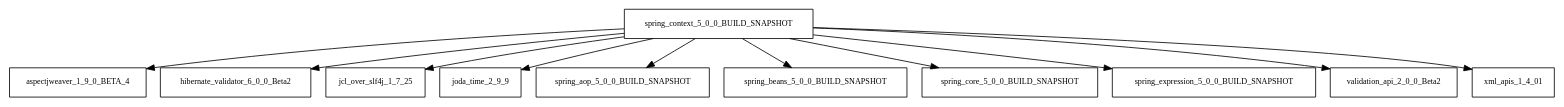
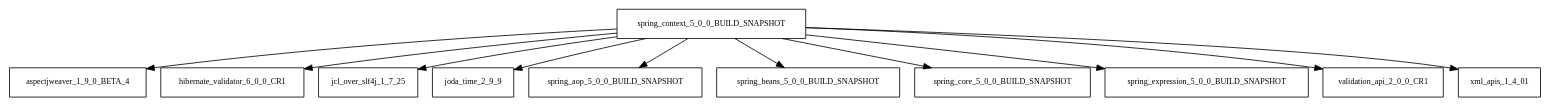
One commit to AglaianWoman/cia changed the diagram in tattleTaleReport/graphviz/spring-context-5.0.0.BUILD-SNAPSHOT.jar/spring-context-5.0.0.BUILD-SNAPSHOT.jar.dot. Above: the diagram before and after it, drawn with Graphviz. The commit also changed 1179 other files, not shown here.

```diff
--- a/tattleTaleReport/graphviz/spring-context-5.0.0.BUILD-SNAPSHOT.jar/spring-context-5.0.0.BUILD-SNAPSHOT.jar.dot
+++ b/tattleTaleReport/graphviz/spring-context-5.0.0.BUILD-SNAPSHOT.jar/spring-context-5.0.0.BUILD-SNAPSHOT.jar.dot
@@ -1,13 +1,13 @@
 digraph spring_context_5_0_0_BUILD_SNAPSHOT_dependencies {
   node [shape = box, fontsize=10.0];
   spring_context_5_0_0_BUILD_SNAPSHOT -> aspectjweaver_1_9_0_BETA_4;
-  spring_context_5_0_0_BUILD_SNAPSHOT -> hibernate_validator_6_0_0_Beta2;
+  spring_context_5_0_0_BUILD_SNAPSHOT -> hibernate_validator_6_0_0_CR1;
   spring_context_5_0_0_BUILD_SNAPSHOT -> jcl_over_slf4j_1_7_25;
   spring_context_5_0_0_BUILD_SNAPSHOT -> joda_time_2_9_9;
   spring_context_5_0_0_BUILD_SNAPSHOT -> spring_aop_5_0_0_BUILD_SNAPSHOT;
   spring_context_5_0_0_BUILD_SNAPSHOT -> spring_beans_5_0_0_BUILD_SNAPSHOT;
   spring_context_5_0_0_BUILD_SNAPSHOT -> spring_core_5_0_0_BUILD_SNAPSHOT;
   spring_context_5_0_0_BUILD_SNAPSHOT -> spring_expression_5_0_0_BUILD_SNAPSHOT;
-  spring_context_5_0_0_BUILD_SNAPSHOT -> validation_api_2_0_0_Beta2;
+  spring_context_5_0_0_BUILD_SNAPSHOT -> validation_api_2_0_0_CR1;
   spring_context_5_0_0_BUILD_SNAPSHOT -> xml_apis_1_4_01;
 }
```
